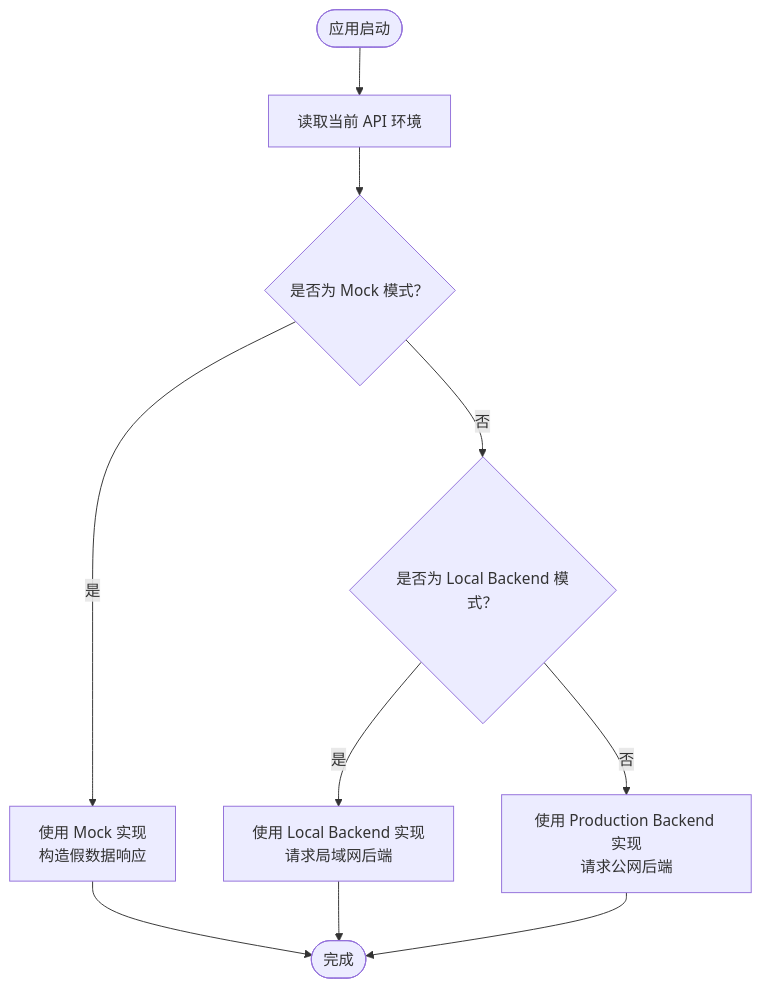
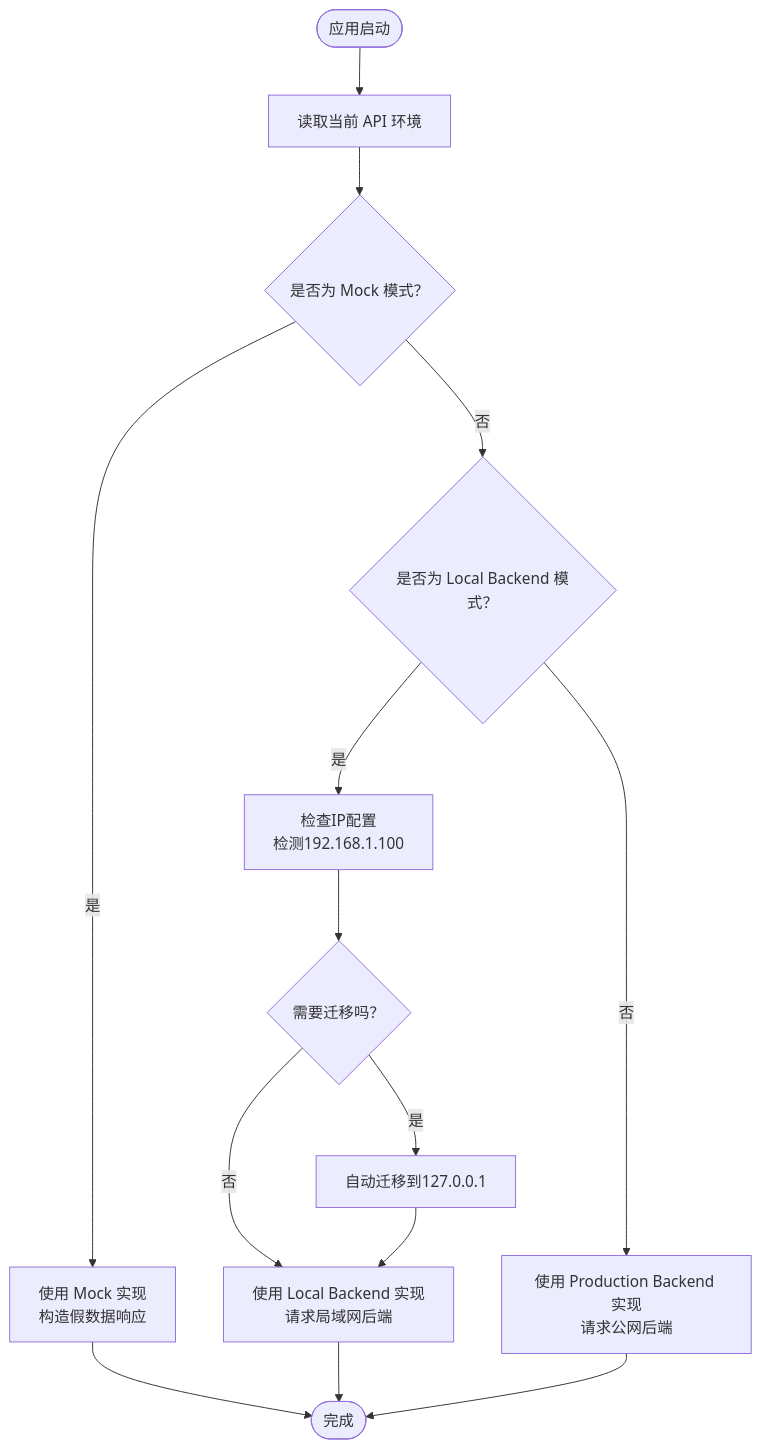
One commit to Jayden23018/blind-run-ios changed the third of 7 diagrams in .qoder/repowiki/zh/content/配置与部署/环境配置.md. Above: the diagram before and after it, drawn with Mermaid. The commit also changed other lines of this file and 24 other files, not shown here.

````diff
--- a/.qoder/repowiki/zh/content/配置与部署/环境配置.md
+++ b/.qoder/repowiki/zh/content/配置与部署/环境配置.md
@@ -136,12 +163,16 @@
 ```mermaid
 flowchart TD
 Start(["应用启动"]) --> CheckEnv["读取当前 API 环境"]
 CheckEnv --> IsMock{"是否为 Mock 模式？"}
 IsMock --> |是| UseMock["使用 Mock 实现<br/>构造假数据响应"]
 IsMock --> |否| IsLocal{"是否为 Local Backend 模式？"}
-IsLocal --> |是| UseLocal["使用 Local Backend 实现<br/>请求局域网后端"]
+IsLocal --> |是| CheckIP["检查IP配置<br/>检测192.168.1.100"]
+CheckIP --> MigrateIP{"需要迁移吗？"}
+MigrateIP --> |是| AutoMigrate["自动迁移到127.0.0.1"]
+MigrateIP --> |否| UseLocal["使用 Local Backend 实现<br/>请求局域网后端"]
+AutoMigrate --> UseLocal
 IsLocal --> |否| UseProd["使用 Production Backend 实现<br/>请求公网后端"]
 UseMock --> End(["完成"])
 UseLocal --> End
 UseProd --> End
 ```
````
